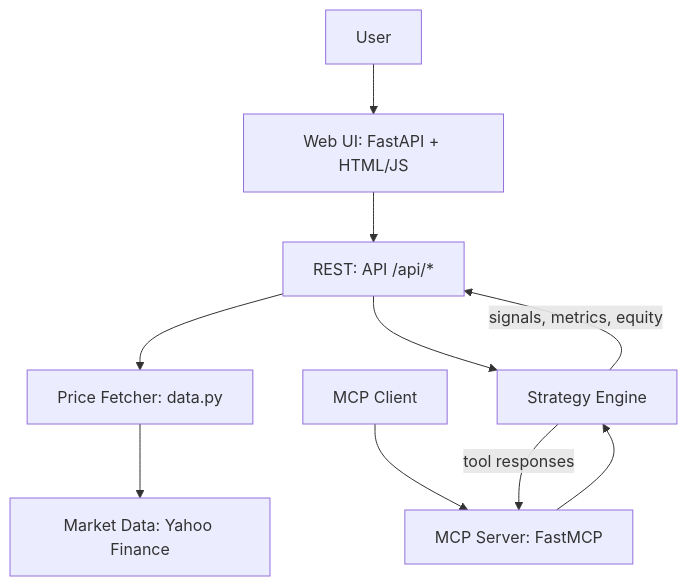
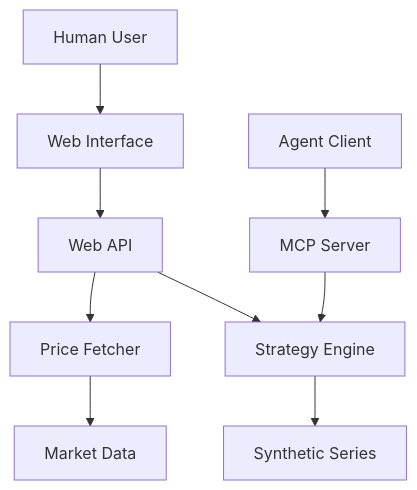
One commit to HarshaMatta/quant_strategy_lab changed the diagram in docs/architecture.md. Above: the diagram before and after it, drawn with Mermaid. The commit also changed other lines of this file and 5 other files, not shown here.

````diff
--- a/docs/architecture.md
+++ b/docs/architecture.md
@@ -3,23 +9,21 @@
 ```mermaid
 graph TD
-  user[User]
-  ui[Web UI: FastAPI + HTML/JS]
-  api[REST: API /api/*]
-  strategies[Strategy Engine]
-  data[Market Data: Yahoo Finance]
-  fetcher[Price Fetcher: data.py]
-  mcp[MCP Server: FastMCP]
-  client[MCP Client]
+  user[Human User]
+  agent[Agent Client]
+  ui[Web Interface]
+  api[Web API]
+  mcp[MCP Server]
+  engine[Strategy Engine]
+  fetcher[Price Fetcher]
+  market[Market Data]
+  synth[Synthetic Series]
 
   user --> ui
   ui --> api
   api --> fetcher
-  fetcher --> data
-  api --> strategies
-
-  client --> mcp
-  mcp --> strategies
-
-  strategies -->|signals, metrics, equity| api
-  strategies -->|tool responses| mcp
+  fetcher --> market
+  api --> engine
+  engine --> synth
+  agent --> mcp
+  mcp --> engine
 ```
````
